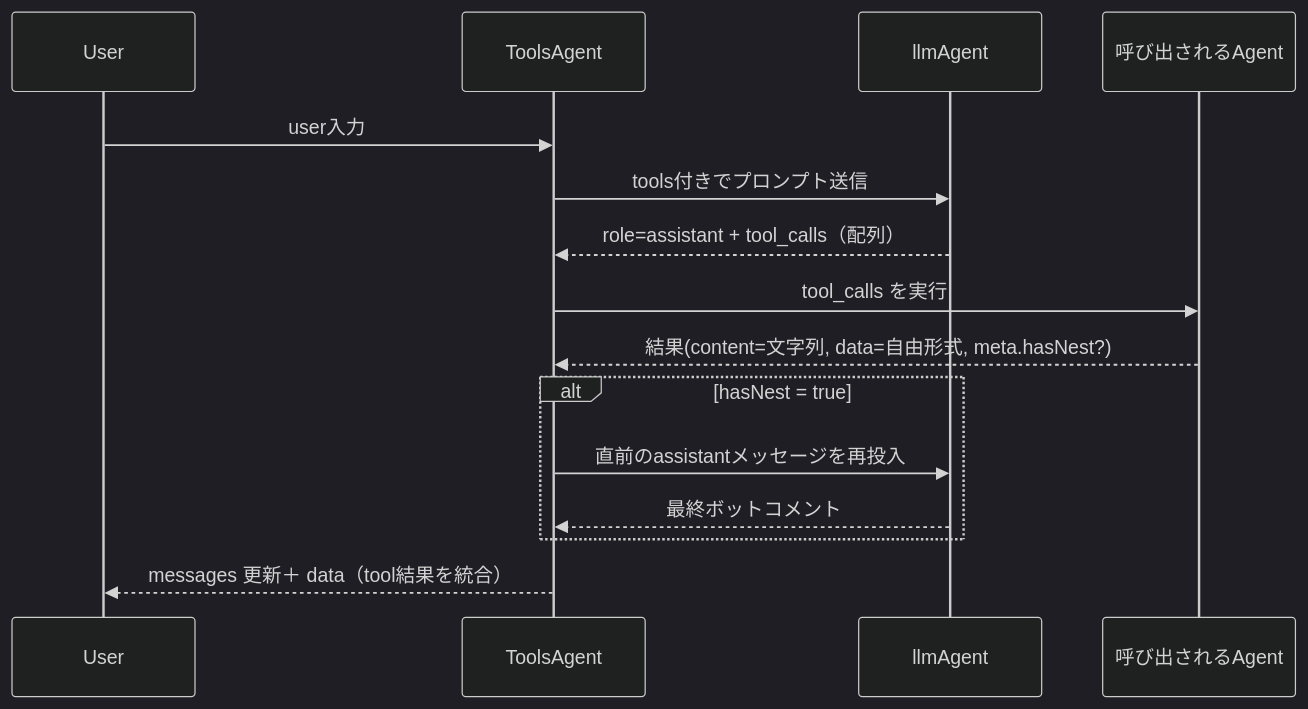
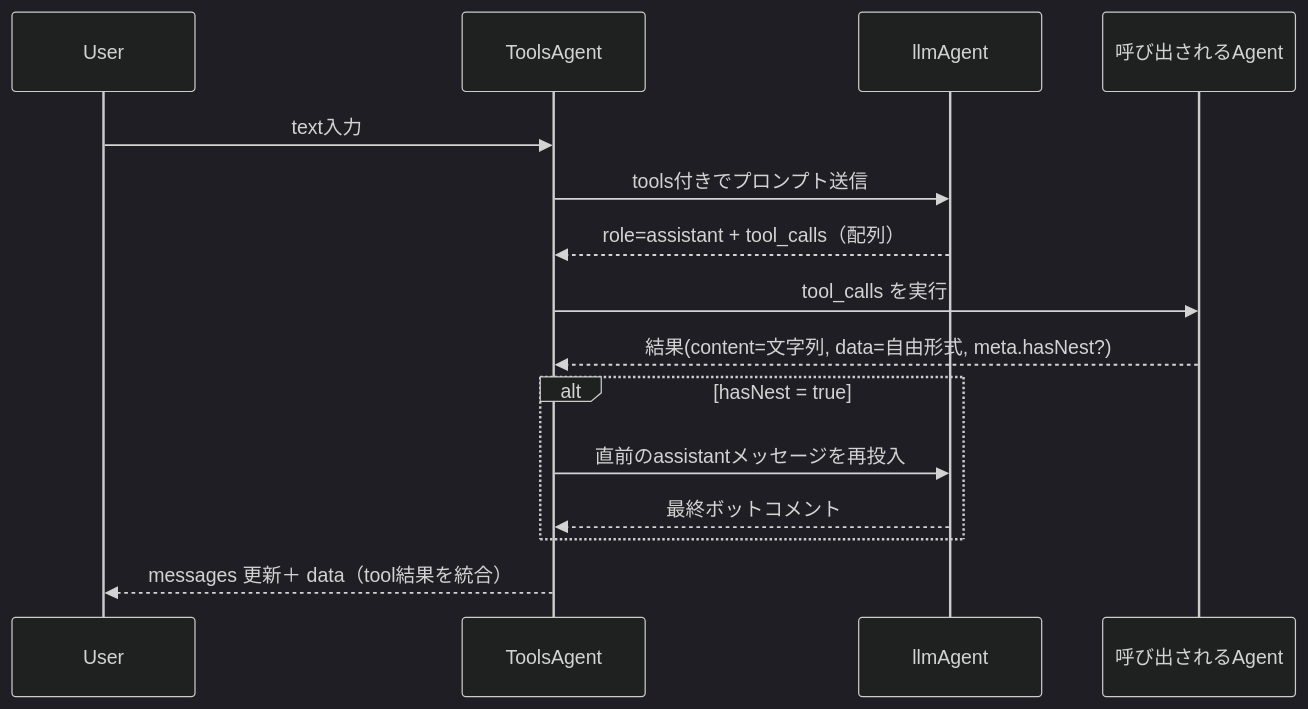
Before and after one commit to isamu/zenn-docs: the diagram in articles/graphai-tools-agent.md, drawn with Mermaid (dark theme). The commit also changed other lines of this file and 2 other files, not shown here.

````diff
--- a/articles/graphai-tools-agent.md
+++ b/articles/graphai-tools-agent.md
@@ -20,19 +21,19 @@
 ```mermaid
 
 sequenceDiagram
     participant U as User
     participant GA as ToolsAgent
     participant L as llmAgent
     participant T as 呼び出されるAgent
 
-    U->>GA: user入力
+    U->>GA: text入力
     GA->>L: tools付きでプロンプト送信
     L-->>GA: role=assistant + tool_calls（配列）
     GA->>T: tool_calls を実行
     T-->>GA: 結果(content=文字列, data=自由形式, meta.hasNest?)
     alt hasNest = true
       GA->>L: 直前のassistantメッセージを再投入
       L-->>GA: 最終ボットコメント
     end
     GA-->>U: messages 更新＋ data（tool結果を統合）
 ```
````
